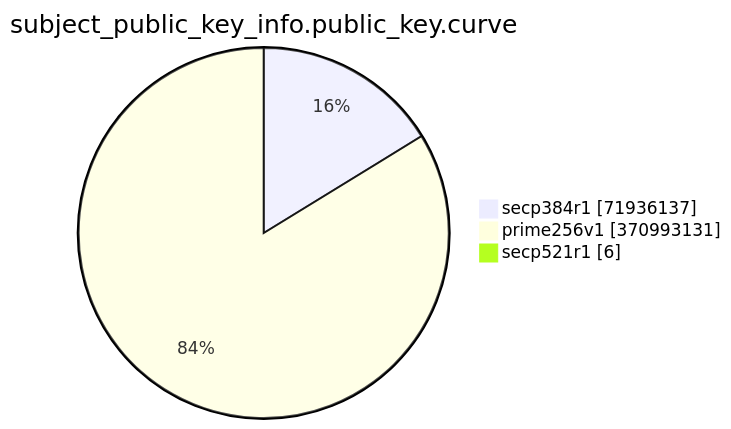
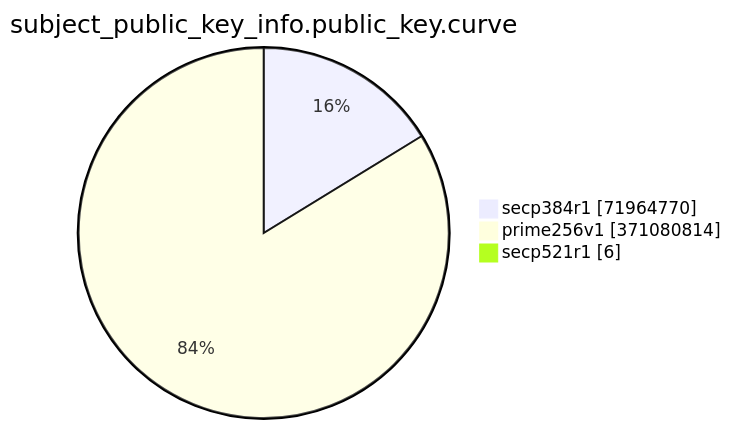
One commit to christiankrug/ctmonitor_visualization changed the eighth of 15 diagrams in TOTAL/README.md. Above: the diagram before and after it, drawn with Mermaid. The commit also changed other lines of this file, not shown here.

````diff
--- a/TOTAL/README.md
+++ b/TOTAL/README.md
@@ -3092,7 +3092,7 @@
 ```mermaid
 pie showData
 title subject_public_key_info.public_key.curve
-"secp384r1" :71936137
-"prime256v1" :370993131
+"secp384r1" :71964770
+"prime256v1" :371080814
 "secp521r1" :6
 ```
````
